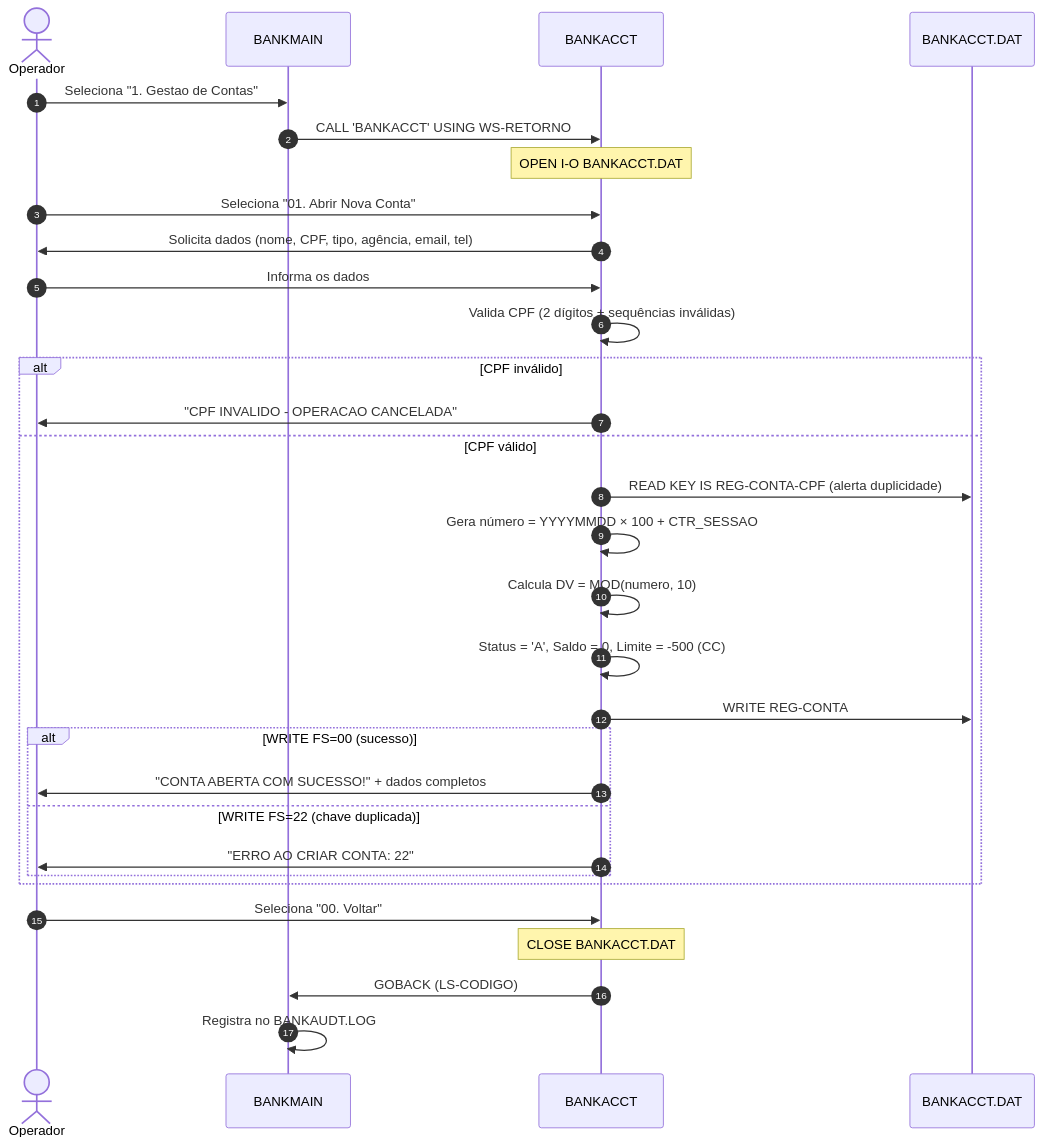
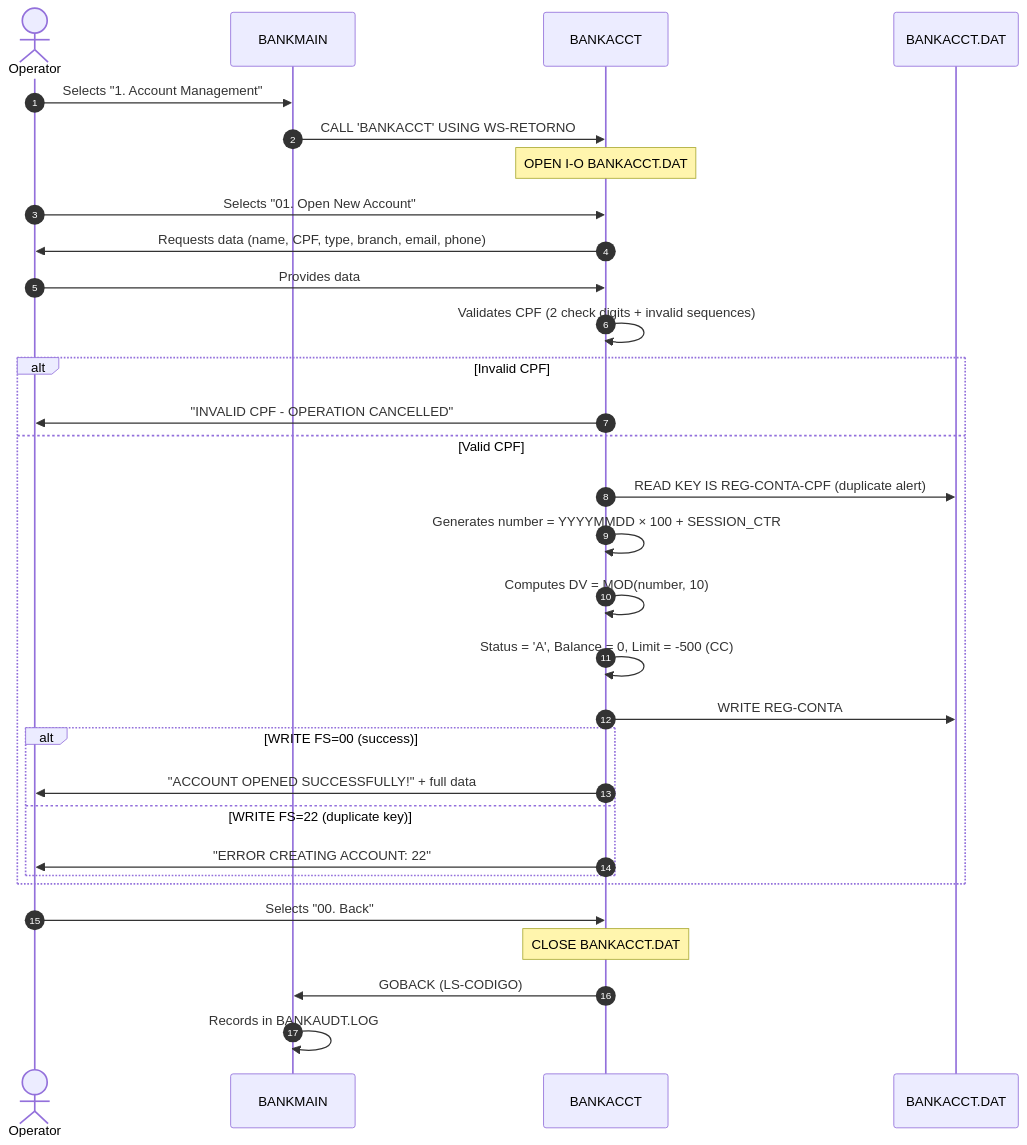
One commit to VictorHJesusSantiago/bank_system changed the sixth of 11 diagrams in README.md. Above: the diagram before and after it, drawn with Mermaid. The commit also changed other lines of this file and 2 other files, not shown here.

````diff
--- a/README.md
+++ b/README.md
@@ -929,40 +935,40 @@
 ```mermaid
 sequenceDiagram
     autonumber
-    actor Operador
+    actor Operator
     participant BANKMAIN
     participant BANKACCT
-    participant ARQCONTAS as BANKACCT.DAT
+    participant ACCTFILE as BANKACCT.DAT
 
-    Operador->>BANKMAIN: Seleciona "1. Gestao de Contas"
+    Operator->>BANKMAIN: Selects "1. Account Management"
     BANKMAIN->>BANKACCT: CALL 'BANKACCT' USING WS-RETORNO
 
     Note over BANKACCT: OPEN I-O BANKACCT.DAT
 
-    Operador->>BANKACCT: Seleciona "01. Abrir Nova Conta"
-    BANKACCT->>Operador: Solicita dados (nome, CPF, tipo, agência, email, tel)
-    Operador->>BANKACCT: Informa os dados
+    Operator->>BANKACCT: Selects "01. Open New Account"
+    BANKACCT->>Operator: Requests data (name, CPF, type, branch, email, phone)
+    Operator->>BANKACCT: Provides data
 
-    BANKACCT->>BANKACCT: Valida CPF (2 dígitos + sequências inválidas)
+    BANKACCT->>BANKACCT: Validates CPF (2 check digits + invalid sequences)
 
-    alt CPF inválido
-        BANKACCT->>Operador: "CPF INVALIDO - OPERACAO CANCELADA"
-    else CPF válido
-        BANKACCT->>ARQCONTAS: READ KEY IS REG-CONTA-CPF (alerta duplicidade)
-        BANKACCT->>BANKACCT: Gera número = YYYYMMDD × 100 + CTR_SESSAO
-        BANKACCT->>BANKACCT: Calcula DV = MOD(numero, 10)
-        BANKACCT->>BANKACCT: Status = 'A', Saldo = 0, Limite = -500 (CC)
-        BANKACCT->>ARQCONTAS: WRITE REG-CONTA
+    alt Invalid CPF
+        BANKACCT->>Operator: "INVALID CPF - OPERATION CANCELLED"
+    else Valid CPF
+        BANKACCT->>ACCTFILE: READ KEY IS REG-CONTA-CPF (duplicate alert)
+        BANKACCT->>BANKACCT: Generates number = YYYYMMDD × 100 + SESSION_CTR
+        BANKACCT->>BANKACCT: Computes DV = MOD(number, 10)
+        BANKACCT->>BANKACCT: Status = 'A', Balance = 0, Limit = -500 (CC)
+        BANKACCT->>ACCTFILE: WRITE REG-CONTA
 
-        alt WRITE FS=00 (sucesso)
-            BANKACCT->>Operador: "CONTA ABERTA COM SUCESSO!" + dados completos
-        else WRITE FS=22 (chave duplicada)
-            BANKACCT->>Operador: "ERRO AO CRIAR CONTA: 22"
+        alt WRITE FS=00 (success)
+            BANKACCT->>Operator: "ACCOUNT OPENED SUCCESSFULLY!" + full data
+        else WRITE FS=22 (duplicate key)
+            BANKACCT->>Operator: "ERROR CREATING ACCOUNT: 22"
         end
     end
 
-    Operador->>BANKACCT: Seleciona "00. Voltar"
+    Operator->>BANKACCT: Selects "00. Back"
     Note over BANKACCT: CLOSE BANKACCT.DAT
     BANKACCT->>BANKMAIN: GOBACK (LS-CODIGO)
-    BANKMAIN->>BANKMAIN: Registra no BANKAUDT.LOG
+    BANKMAIN->>BANKMAIN: Records in BANKAUDT.LOG
 ```
````
